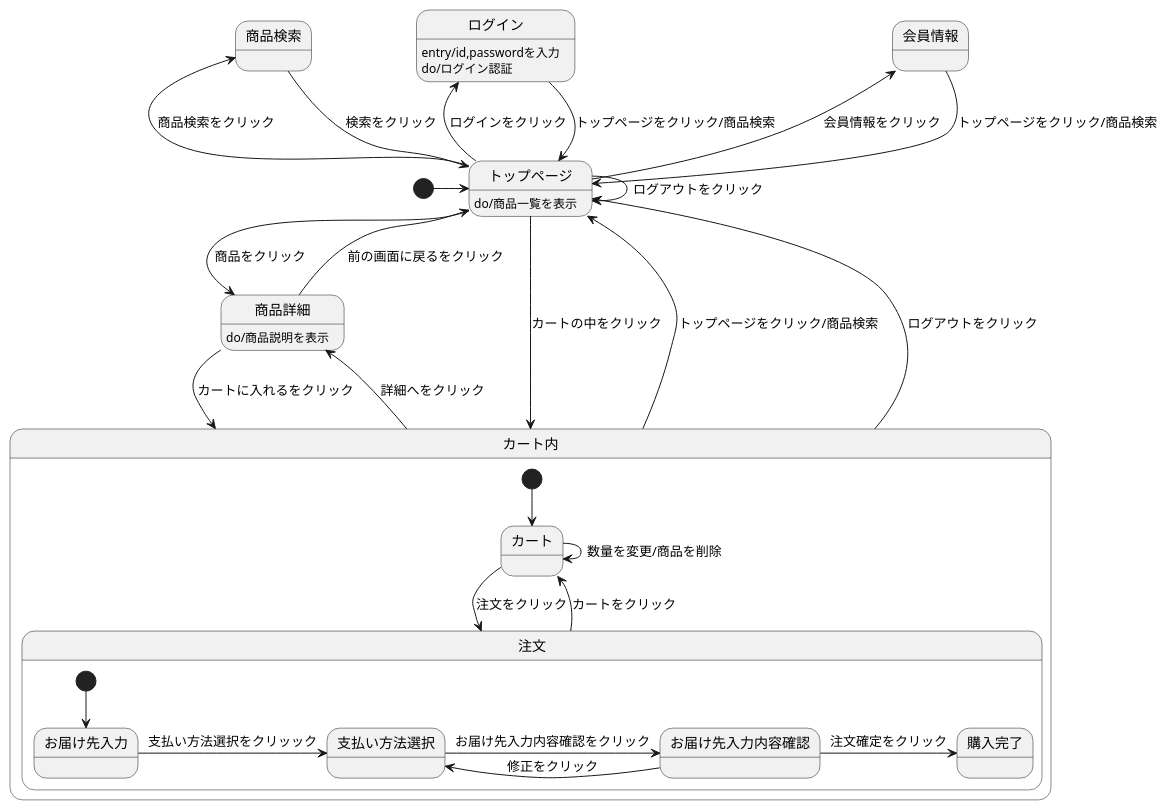
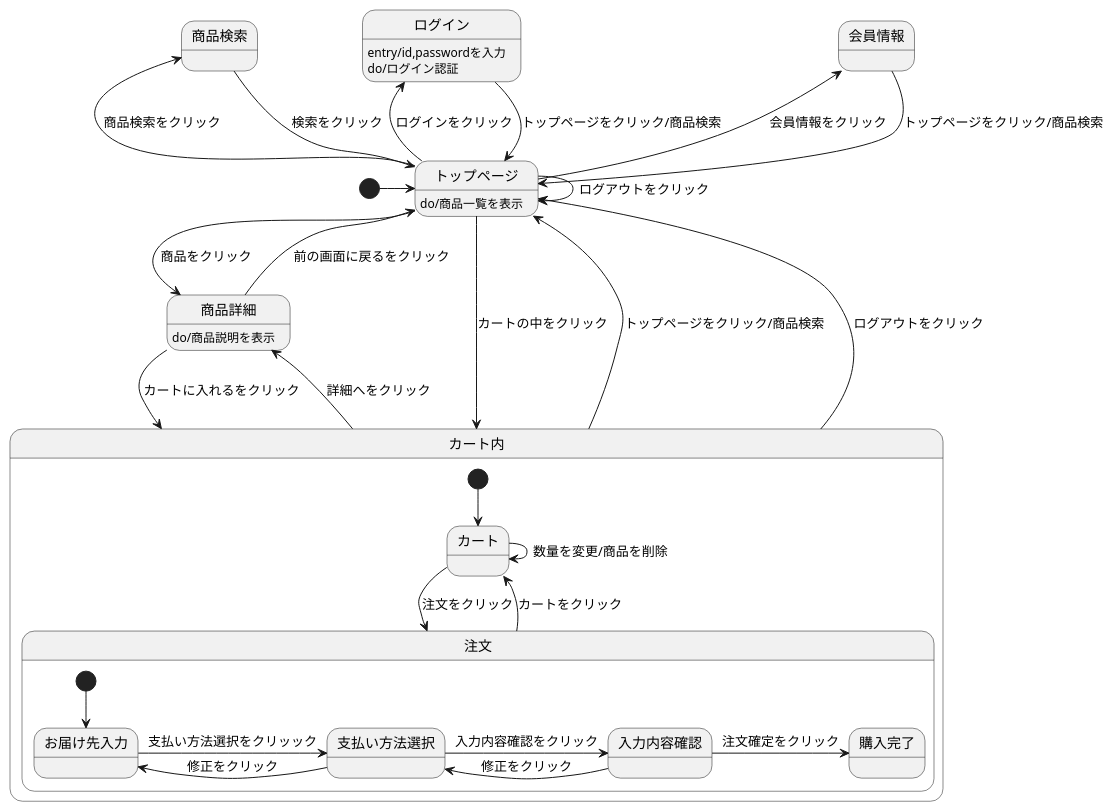
Before and after one commit to Aso2001165/2021sys-design-3: the diagram in kadai12.md, drawn with PlantUML.

````diff
--- a/kadai12.md
+++ b/kadai12.md
@@ -1,37 +1,38 @@
 ```uml
 @startuml
 [*] -> トップページ
 会員情報 --> トップページ : トップページをクリック/商品検索
 ログイン --> トップページ : トップページをクリック/商品検索
 ログイン:entry/id,passwordを入力
 ログイン:do/ログイン認証
 トップページ --> トップページ : ログアウトをクリック
 トップページ -> 商品詳細 : 商品をクリック
 トップページ -left-> 会員情報 : 会員情報をクリック
 トップページ -left-> ログイン : ログインをクリック
 トップページ --> カート内 : カートの中をクリック
 トップページ:do/商品一覧を表示
 商品検索 --> トップページ : 検索をクリック
 トップページ -left-> 商品検索 : 商品検索をクリック
 商品詳細 --> カート内 : カートに入れるをクリック
 商品詳細 --> トップページ : 前の画面に戻るをクリック
 商品詳細:do/商品説明を表示
 カート内 -up-> トップページ : トップページをクリック/商品検索
 カート内 -up-> トップページ : ログアウトをクリック
 カート内 -> 商品詳細 : 詳細へをクリック
 
 state カート内 {
  [*] --> カート
  カート -> 注文 : 注文をクリック
  カート -> カート : 数量を変更/商品を削除
  注文 --> カート : カートをクリック
 state 注文 {
  [*] --> お届け先入力
  お届け先入力 -> 支払い方法選択 : 支払い方法選択をクリッック
- 支払い方法選択 -> お届け先入力内容確認 : お届け先入力内容確認をクリック
- お届け先入力内容確認 -> 支払い方法選択 : 修正をクリック
- お届け先入力内容確認 -> 購入完了 : 注文確定をクリック
+ 支払い方法選択 -> 入力内容確認 : 入力内容確認をクリック
+ 支払い方法選択 -> お届け先入力 : 修正をクリック
+ 入力内容確認 -> 支払い方法選択 : 修正をクリック
+ 入力内容確認 -> 購入完了 : 注文確定をクリック
  }
 }
 @enduml
 ```
````
